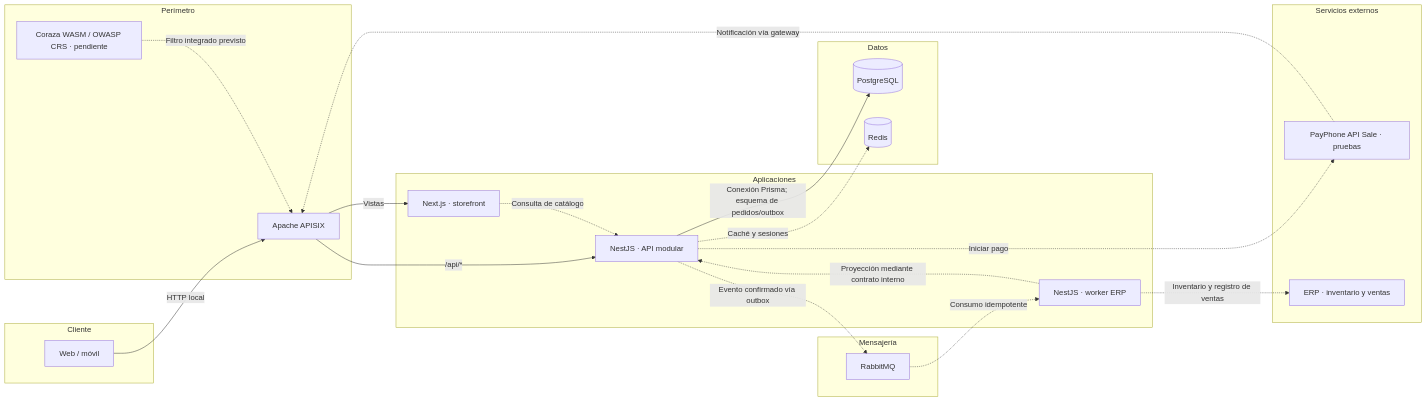
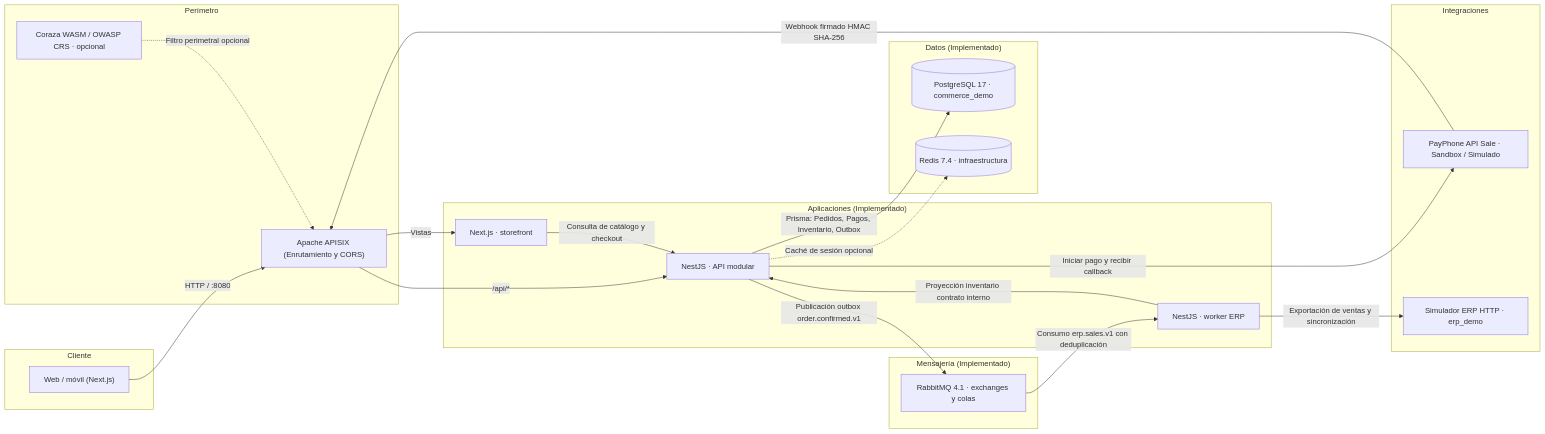
One commit to TESSIUM-Tech/GroupMG-Commerce-Demo changed the first of 2 diagrams in README.md. Above: the diagram before and after it, drawn with Mermaid. The commit also changed other lines of this file and 2 other files, not shown here.

Commit message:
docs(demo): :memo: agregar guion y checklist de presentacion (DEMO-16)

````diff
--- a/README.md
+++ b/README.md
@@ -22,40 +17,40 @@
 ```mermaid
 flowchart LR
     subgraph client ["Cliente"]
-        browser["Web / móvil"]
+        browser["Web / móvil (Next.js)"]
     end
     subgraph gateway ["Perímetro"]
-        apisix["Apache APISIX"]
-        coraza["Coraza WASM / OWASP CRS · pendiente"]
+        apisix["Apache APISIX (Enrutamiento y CORS)"]
+        coraza["Coraza WASM / OWASP CRS · opcional"]
     end
-    subgraph service ["Aplicaciones"]
+    subgraph service ["Aplicaciones (Implementado)"]
         web["Next.js · storefront"]
         api["NestJS · API modular"]
         worker["NestJS · worker ERP"]
     end
-    subgraph datastore ["Datos"]
-        postgres[("PostgreSQL")]
-        redis[("Redis")]
+    subgraph datastore ["Datos (Implementado)"]
+        postgres[("PostgreSQL 17 · commerce_demo")]
+        redis[("Redis 7.4 · infraestructura")]
     end
-    subgraph async ["Mensajería"]
-        rabbit["RabbitMQ"]
+    subgraph async ["Mensajería (Implementado)"]
+        rabbit["RabbitMQ 4.1 · exchanges y colas"]
     end
-    subgraph external ["Servicios externos"]
-        payments["PayPhone API Sale · pruebas"]
-        erp["ERP · inventario y ventas"]
+    subgraph external ["Integraciones"]
+        payments["PayPhone API Sale · Sandbox / Simulado"]
+        erp["Simulador ERP HTTP · erp_demo"]
     end
 
-    browser -->|HTTP local| apisix
+    browser -->|HTTP / :8080| apisix
     apisix -->|Vistas| web
     apisix -->|/api/*| api
-    coraza -.->|Filtro integrado previsto| apisix
-    web -.->|Consulta de catálogo| api
-    api -->|Conexión Prisma; esquema de pedidos/outbox| postgres
-    api -.->|Caché y sesiones| redis
-    api -.->|Iniciar pago| payments
-    payments -.->|Notificación vía gateway| apisix
-    api -.->|Evento confirmado vía outbox| rabbit
-    rabbit -.->|Consumo idempotente| worker
-    worker -.->|Inventario y registro de ventas| erp
-    worker -.->|Proyección mediante contrato interno| api
+    coraza -.->|Filtro perimetral opcional| apisix
+    web -->|Consulta de catálogo y checkout| api
+    api -->|Prisma: Pedidos, Pagos, Inventario, Outbox| postgres
+    api -.->|Caché de sesión opcional| redis
+    api -->|Iniciar pago y recibir callback| payments
+    payments -->|Webhook firmado HMAC SHA-256| apisix
+    api -->|Publicación outbox order.confirmed.v1| rabbit
+    rabbit -->|Consumo erp.sales.v1 con deduplicación| worker
+    worker -->|Exportación de ventas y sincronización| erp
+    worker -->|Proyección inventario contrato interno| api
 ```
````
